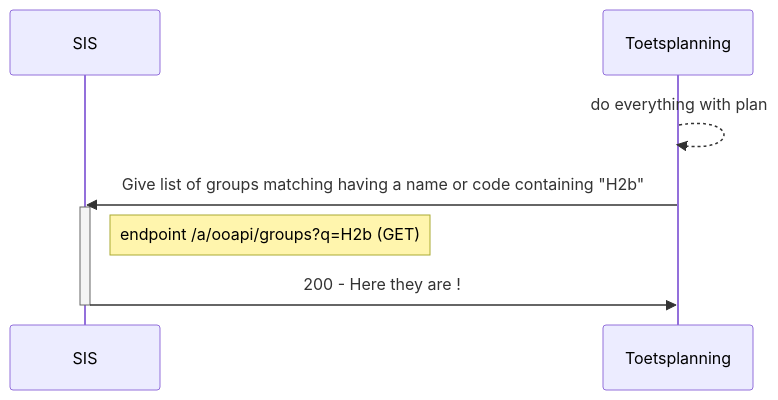
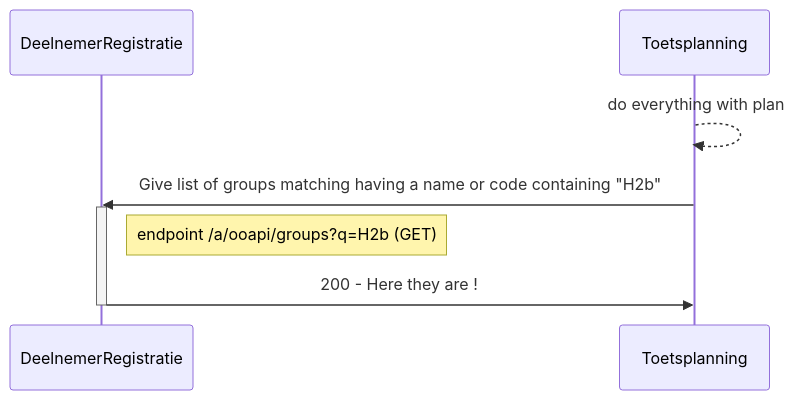
One commit to NetwerkExamineringDigitalisering/NED-OOAPI changed the third of 5 diagrams in doc/flow1.md. Above: the diagram before and after it, drawn with Mermaid. The commit also changed other lines of this file, not shown here.

````diff
--- a/doc/flow1.md
+++ b/doc/flow1.md
@@ -231,12 +231,12 @@
 ```mermaid
 
 sequenceDiagram
-    participant SIS
+    participant DeelnemerRegistratie
     participant Toetsplanning
     Toetsplanning-->>Toetsplanning: do everything with plan
-    Toetsplanning->>SIS : Give list of groups matching having a name or code containing "H2b"
-    activate SIS
-    Note right of SIS: endpoint /a/ooapi/groups?q=H2b (GET)
-    SIS->>Toetsplanning : 200 - Here they are !
-    deactivate SIS
+    Toetsplanning->>DeelnemerRegistratie : Give list of groups matching having a name or code containing "H2b"
+    activate DeelnemerRegistratie
+    Note right of DeelnemerRegistratie: endpoint /a/ooapi/groups?q=H2b (GET)
+    DeelnemerRegistratie->>Toetsplanning : 200 - Here they are !
+    deactivate DeelnemerRegistratie
 ```
````
